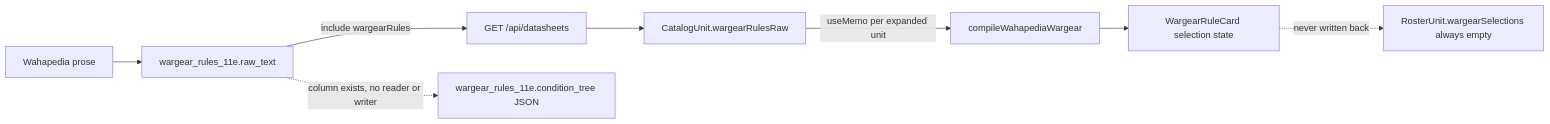
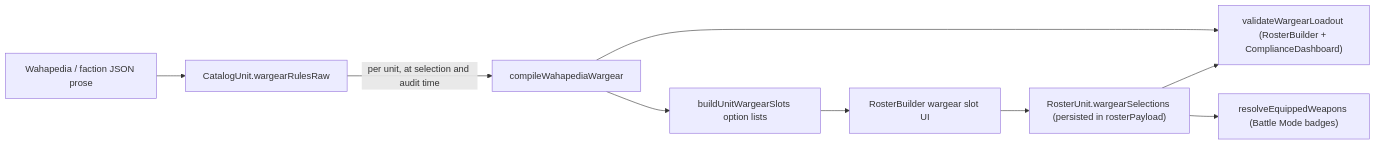
One commit to fatpat81/BeerHammer changed the second of 2 diagrams in openwiki/rules-engine/wargear-ast-compiler.md. Above: the diagram before and after it, drawn with Mermaid. The commit also changed other lines of this file and 12 other files, not shown here.

````diff
--- a/openwiki/rules-engine/wargear-ast-compiler.md
+++ b/openwiki/rules-engine/wargear-ast-compiler.md
@@ -161,10 +207,11 @@
 ```mermaid
 flowchart LR
-  W["Wahapedia prose"] --> T["wargear_rules_11e.raw_text"]
-  T -->|"include wargearRules"| API["GET /api/datasheets"]
-  API --> RAW["CatalogUnit.wargearRulesRaw"]
-  RAW -->|"useMemo per expanded unit"| C["compileWahapediaWargear"]
-  C --> CARD["WargearRuleCard selection state"]
-  CARD -.->|"never written back"| SEL["RosterUnit.wargearSelections always empty"]
-  T -.->|"column exists, no reader or writer"| CT["wargear_rules_11e.condition_tree JSON"]
+  W["Wahapedia / faction JSON prose"] --> RAW["CatalogUnit.wargearRulesRaw"]
+  RAW -->|"per unit, at selection and audit time"| C["compileWahapediaWargear"]
+  C --> SLOTS["buildUnitWargearSlots option lists"]
+  SLOTS --> UI["RosterBuilder wargear slot UI"]
+  UI --> SEL["RosterUnit.wargearSelections (persisted in rosterPayload)"]
+  SEL --> V["validateWargearLoadout (RosterBuilder + ComplianceDashboard)"]
+  SEL --> B["resolveEquippedWeapons (Battle Mode badges)"]
+  C --> V
 ```
````
